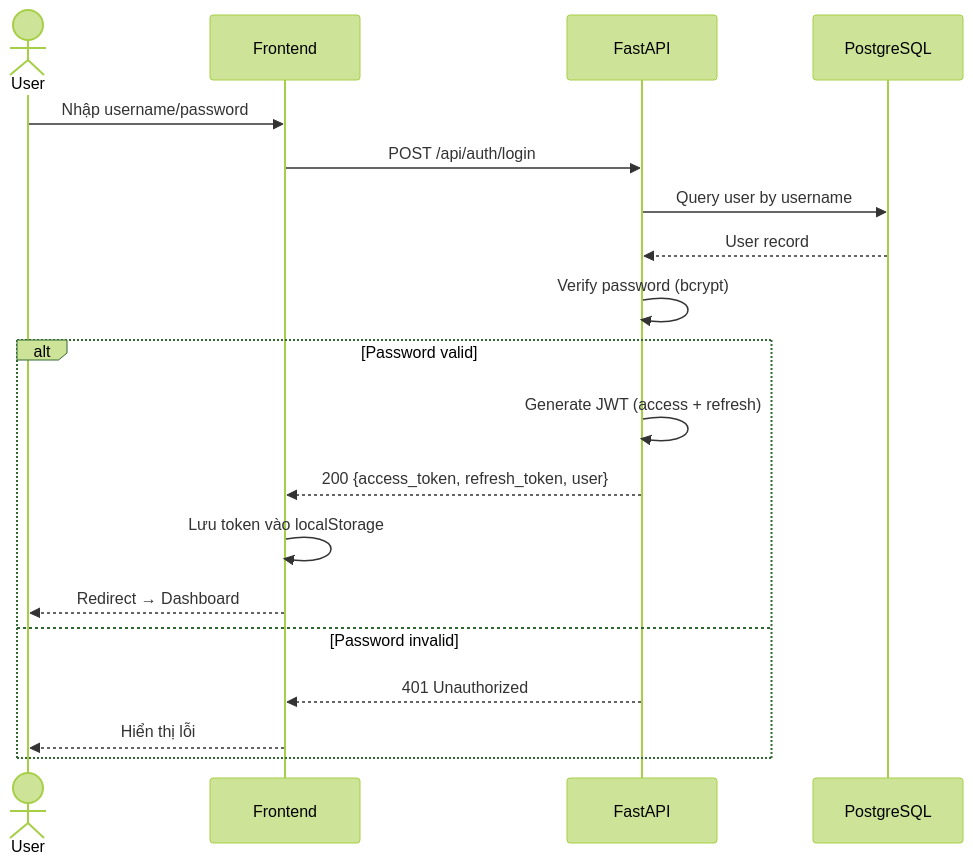
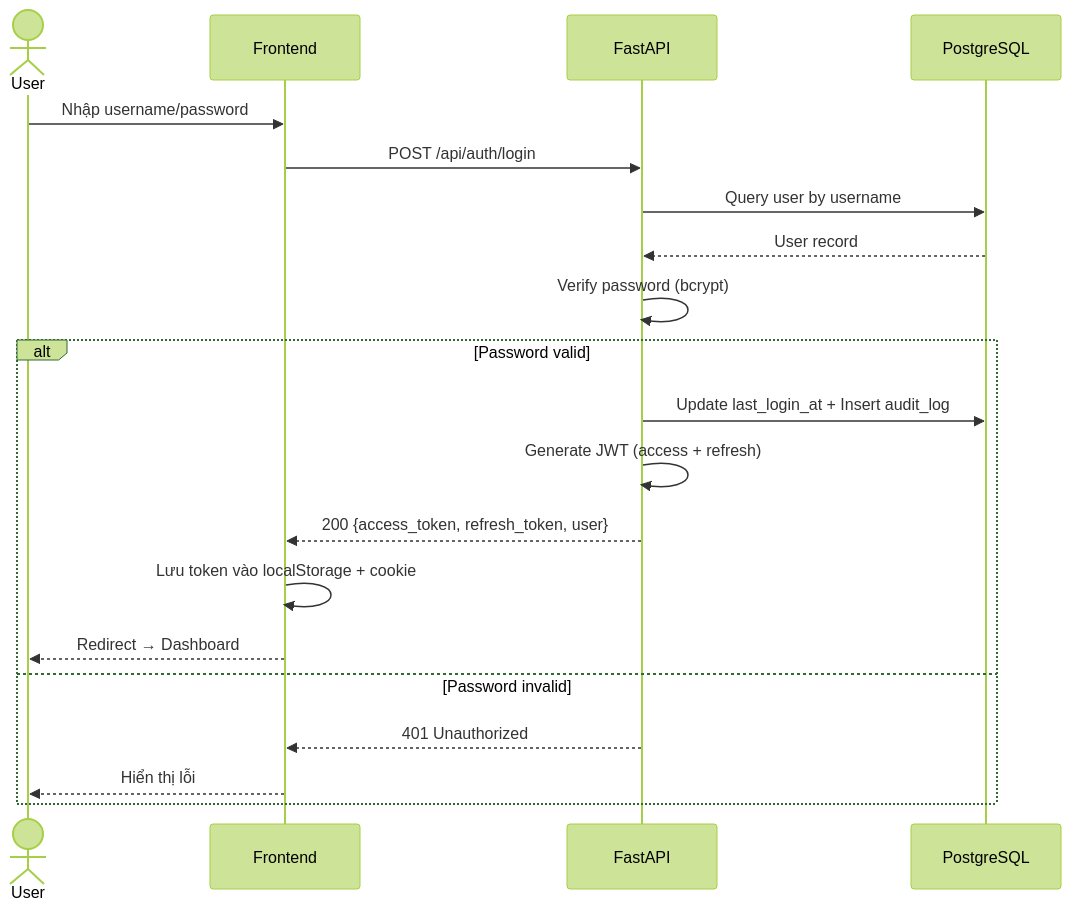
Before and after one commit to 20225760kquang/CNWEB_20252: the fourth of 10 diagrams in cam.ai/system_design_2_roles.md, drawn with Mermaid (forest theme). The commit also changed other lines of this file, not shown here.

````diff
--- a/cam.ai/system_design_2_roles.md
+++ b/cam.ai/system_design_2_roles.md
@@ -425,22 +585,23 @@
 ```mermaid
 sequenceDiagram
     actor U as User
     participant FE as Frontend
     participant BE as FastAPI
     participant DB as PostgreSQL
 
     U->>FE: Nhập username/password
     FE->>BE: POST /api/auth/login
     BE->>DB: Query user by username
     DB-->>BE: User record
     BE->>BE: Verify password (bcrypt)
     alt Password valid
+        BE->>DB: Update last_login_at + Insert audit_log
         BE->>BE: Generate JWT (access + refresh)
         BE-->>FE: 200 {access_token, refresh_token, user}
-        FE->>FE: Lưu token vào localStorage
+        FE->>FE: Lưu token vào localStorage + cookie
         FE-->>U: Redirect → Dashboard
     else Password invalid
         BE-->>FE: 401 Unauthorized
         FE-->>U: Hiển thị lỗi
     end
 ```
````
